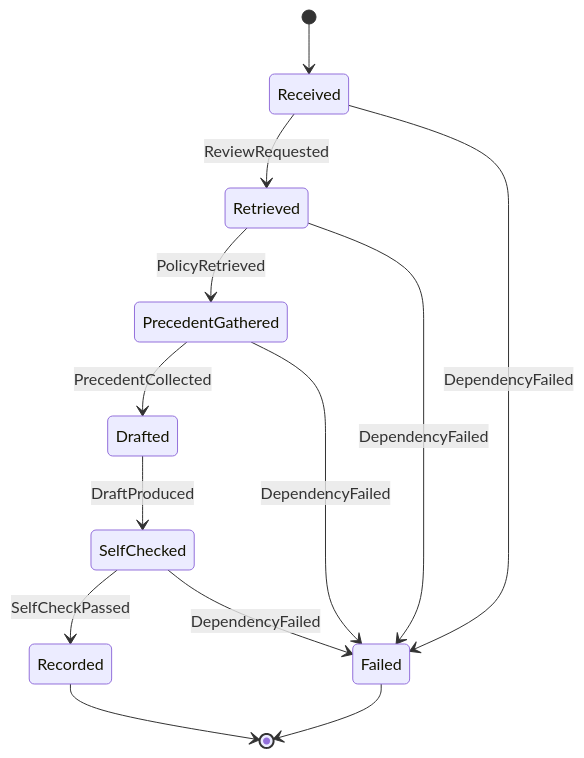
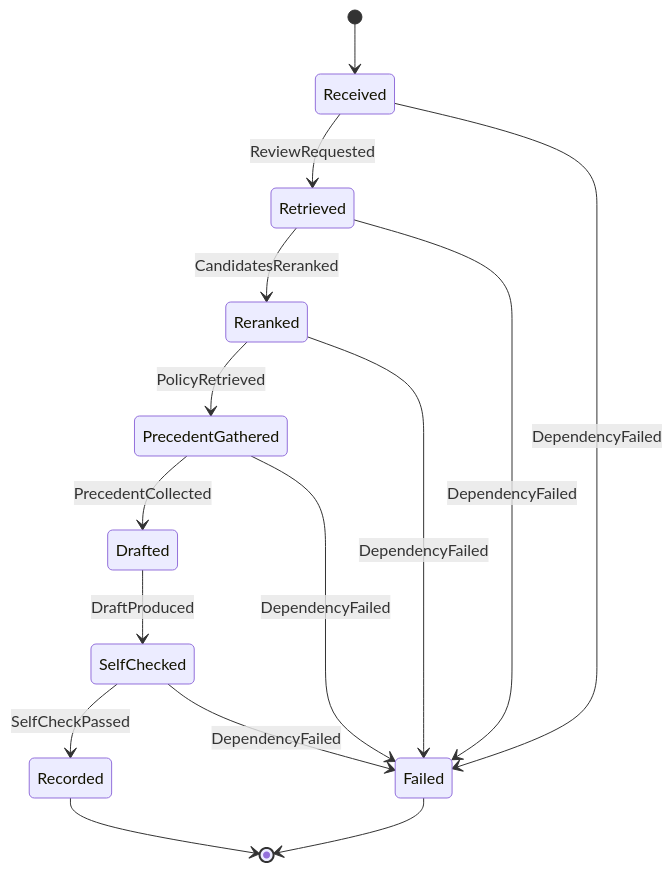
One commit to mariusargatu/QARoom changed the diagram in services/moderator-agent/README.md. Above: the diagram before and after it, drawn with Mermaid. The commit also changed other lines of this file and 19 other files, not shown here.

````diff
--- a/services/moderator-agent/README.md
+++ b/services/moderator-agent/README.md
@@ -33,15 +33,17 @@
 ```mermaid
 stateDiagram-v2
     [*] --> Received
     Received --> Retrieved: ReviewRequested
-    Retrieved --> PrecedentGathered: PolicyRetrieved
+    Retrieved --> Reranked: CandidatesReranked
+    Reranked --> PrecedentGathered: PolicyRetrieved
     PrecedentGathered --> Drafted: PrecedentCollected
     Drafted --> SelfChecked: DraftProduced
     SelfChecked --> Recorded: SelfCheckPassed
     Received --> Failed: DependencyFailed
     Retrieved --> Failed: DependencyFailed
+    Reranked --> Failed: DependencyFailed
     PrecedentGathered --> Failed: DependencyFailed
     SelfChecked --> Failed: DependencyFailed
     Recorded --> [*]
     Failed --> [*]
 ```
````
